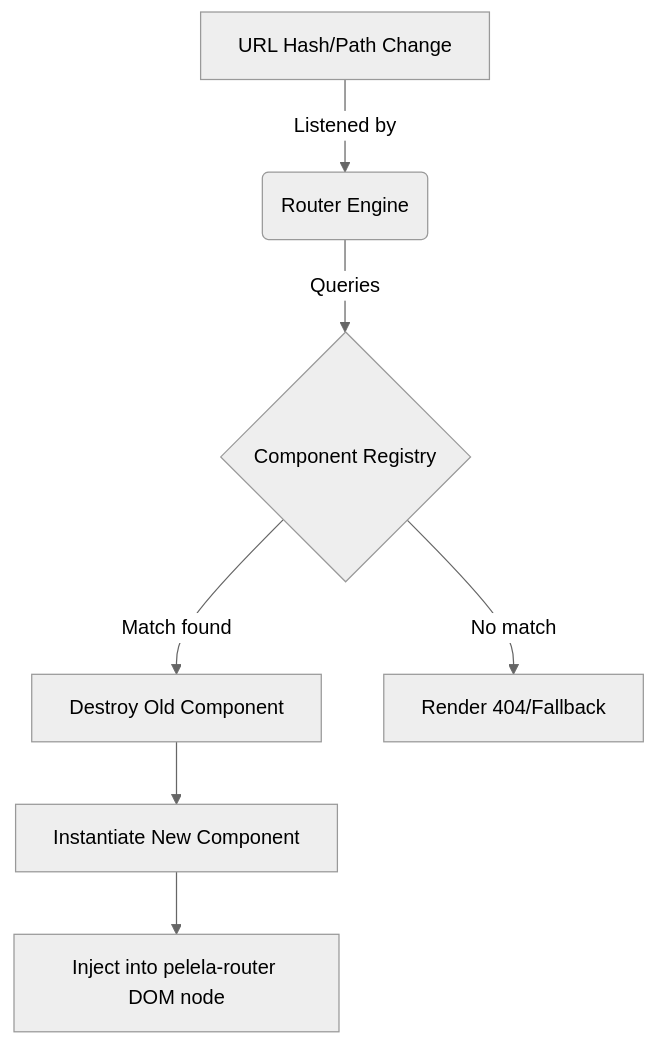
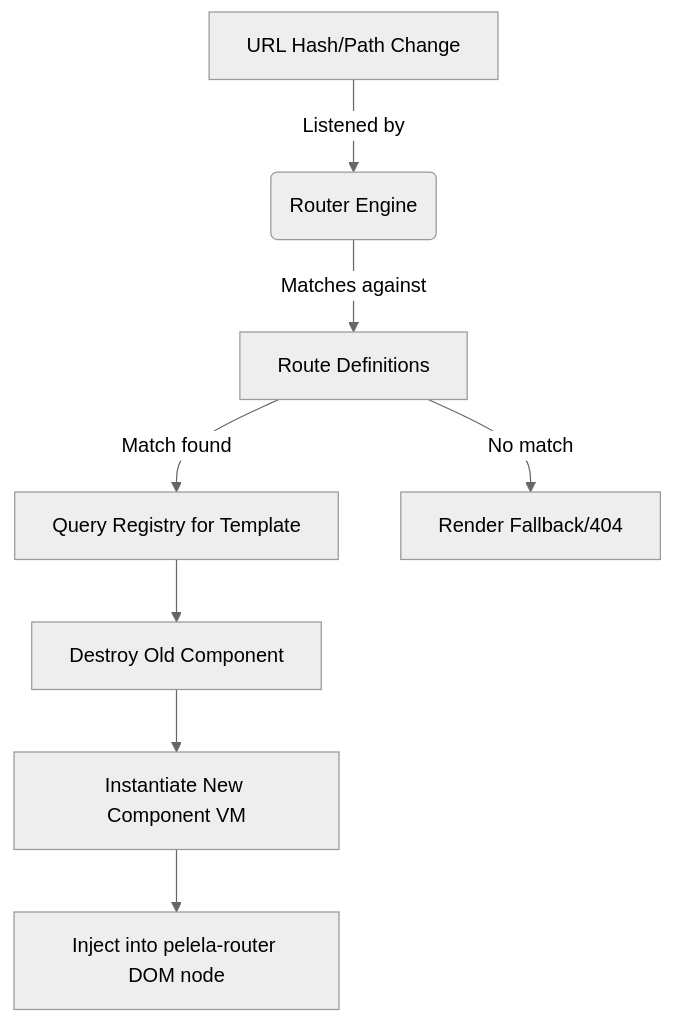
Before and after one commit to uqbar-project/pelelajs: the second of 2 diagrams in docs/core/COMPONENTS_AND_ROUTING.md, drawn with Mermaid (neutral theme). The commit also changed other lines of this file and 2 other files, not shown here.

````diff
--- a/docs/core/COMPONENTS_AND_ROUTING.md
+++ b/docs/core/COMPONENTS_AND_ROUTING.md
@@ -44,9 +106,10 @@
 ```mermaid
 graph TD
     A[URL Hash/Path Change] -->|Listened by| B(Router Engine)
-    B -->|Queries| C{Component Registry}
-    C -->|Match found| D[Destroy Old Component]
-    D --> E[Instantiate New Component]
-    E --> F[Inject into pelela-router DOM node]
-    C -->|No match| G[Render 404/Fallback]
+    B -->|Matches against| C[Route Definitions]
+    C -->|Match found| D[Query Registry for Template]
+    D --> E[Destroy Old Component]
+    E --> F[Instantiate New Component VM]
+    F --> G[Inject into pelela-router DOM node]
+    C -->|No match| H[Render Fallback/404]
 ```
````
